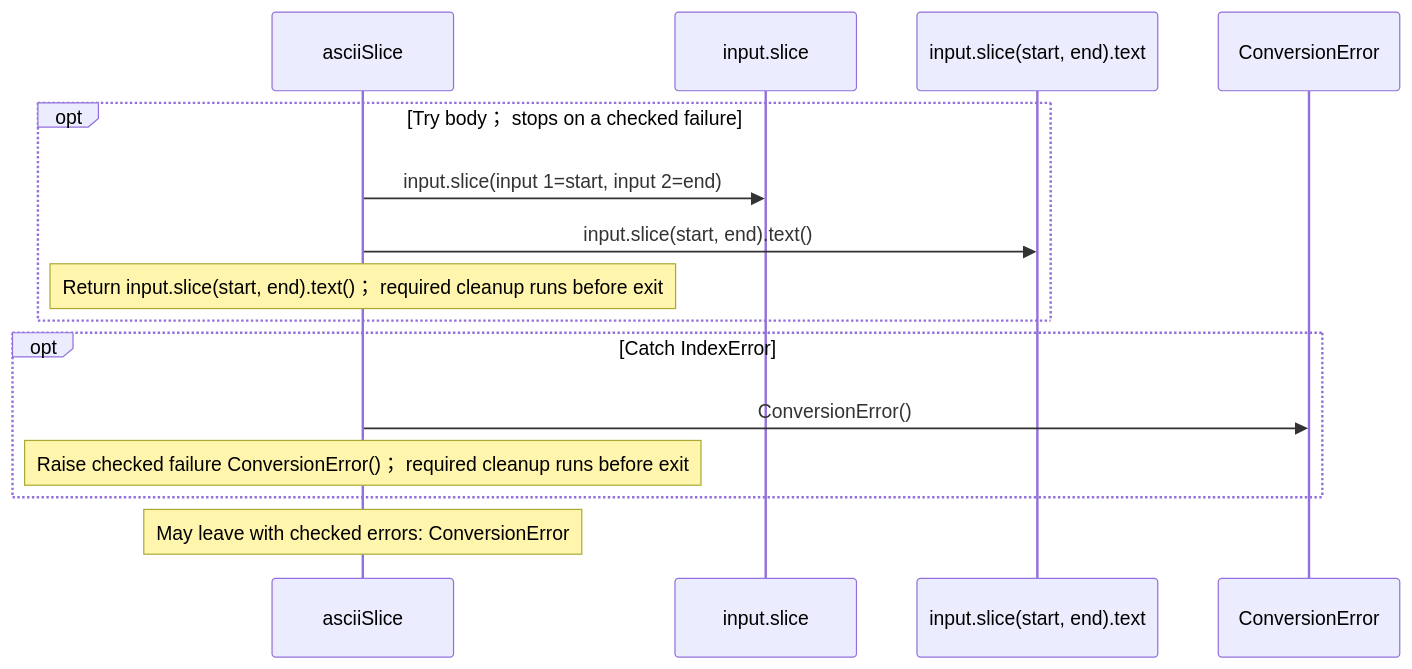
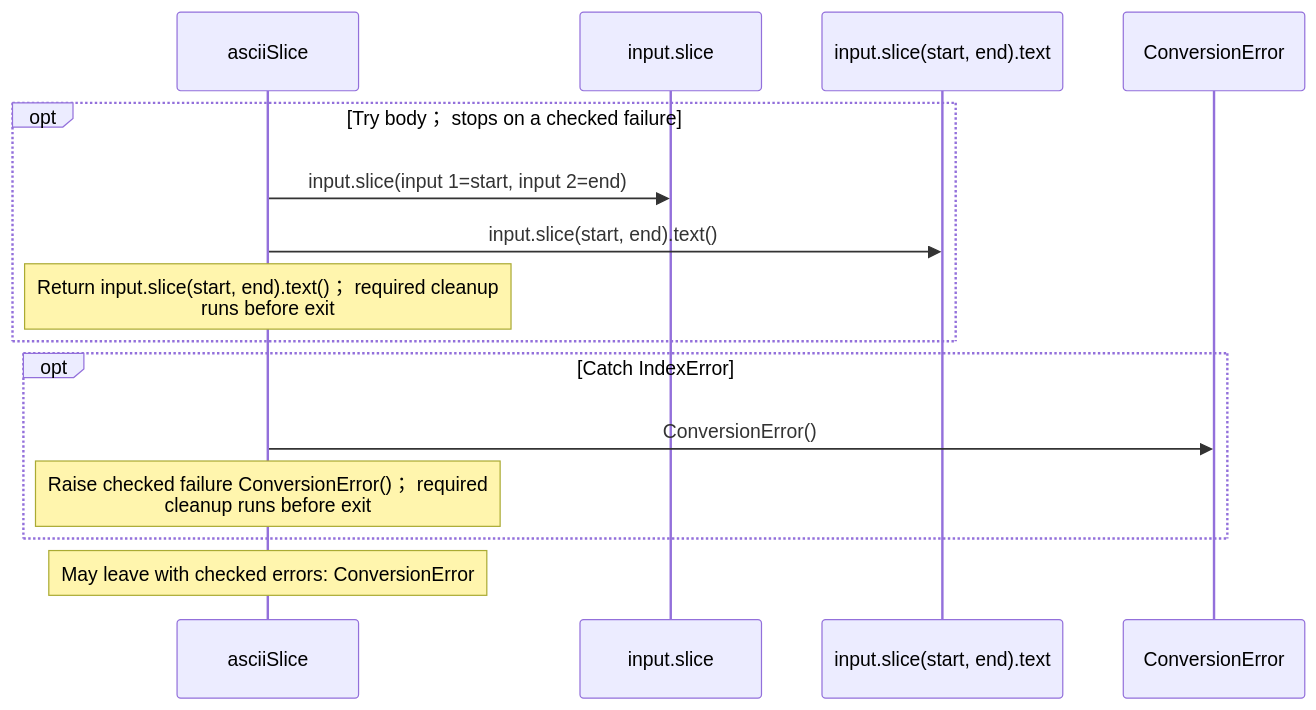
The second of 5 diagrams in src/stdlib/values/ascii.aug.diagrams.md (GreenPandaStudios/augscript), drawn with Mermaid before and after one commit. The commit also changed other lines of this file and 200 other files, not shown here.

Commit message:
Group imported operations and wrap readable sequence messages

````diff
--- a/src/stdlib/values/ascii.aug.diagrams.md
+++ b/src/stdlib/values/ascii.aug.diagrams.md
@@ -32,17 +32,17 @@
 ```mermaid
 sequenceDiagram
     participant p0 as asciiSlice
     participant p1 as input.slice
     participant p2 as input.slice(start, end).text
     participant p3 as ConversionError
     opt Try body； stops on a checked failure
     p0->>p1: input.slice(input 1=start, input 2=end)
     p0->>p2: input.slice(start, end).text()
-    Note over p0: Return input.slice(start, end).text()； required cleanup runs before exit
+    Note over p0: Return input.slice(start, end).text()； required cleanup<br/>runs before exit
     end
     opt Catch IndexError
     p0->>p3: ConversionError()
-    Note over p0: Raise checked failure ConversionError()； required cleanup runs before exit
+    Note over p0: Raise checked failure ConversionError()； required<br/>cleanup runs before exit
     end
     Note over p0: May leave with checked errors: ConversionError
 ```
````
